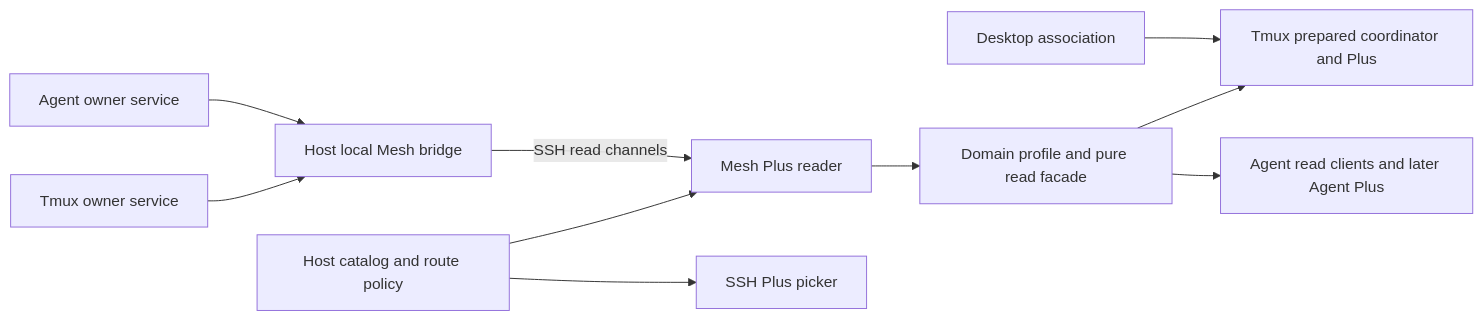
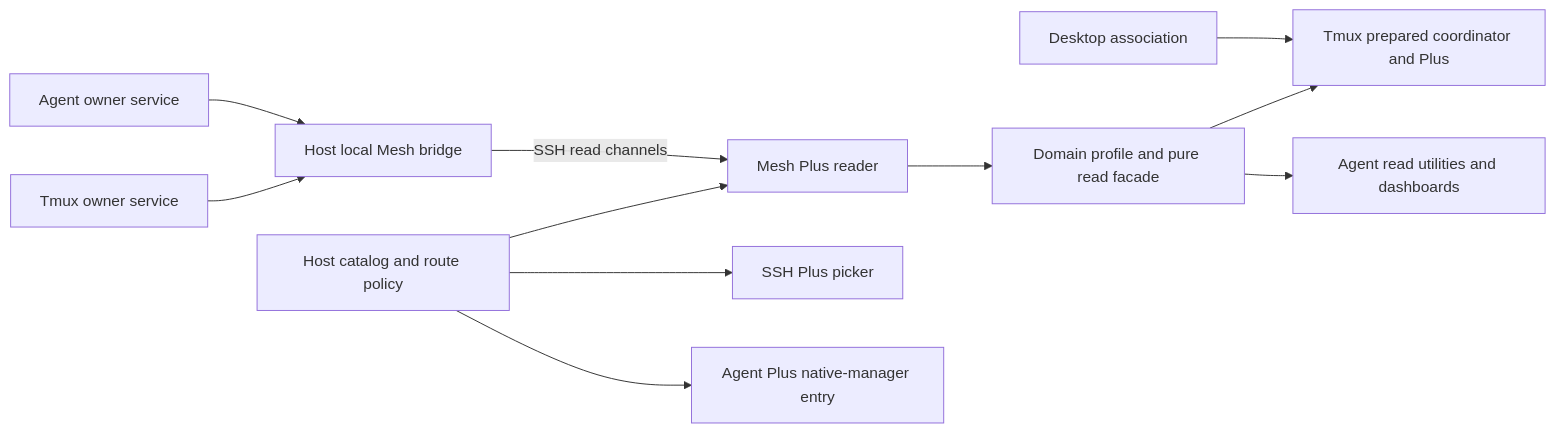
One commit to byebyebryan/mesh-plus changed the diagram in docs/architecture.md. Above: the diagram before and after it, drawn with Mermaid. The commit also changed other lines of this file and 16 other files, not shown here.

````diff
--- a/docs/architecture.md
+++ b/docs/architecture.md
@@ -16,12 +22,13 @@
 ```mermaid
 flowchart LR
     H[Host catalog and route policy] --> N[Mesh Plus reader]
     T[Tmux owner service] --> B[Host local Mesh bridge]
     A[Agent owner service] --> B
     B -->|SSH read channels| N
     N --> P[Domain profile and pure read facade]
     P --> TC[Tmux prepared coordinator and Plus]
-    P --> AC[Agent read clients and later Agent Plus]
+    P --> AC[Agent read utilities and dashboards]
     D[Desktop association] --> TC
     H --> S[SSH Plus picker]
+    H --> AP[Agent Plus native-manager entry]
 ```
````
